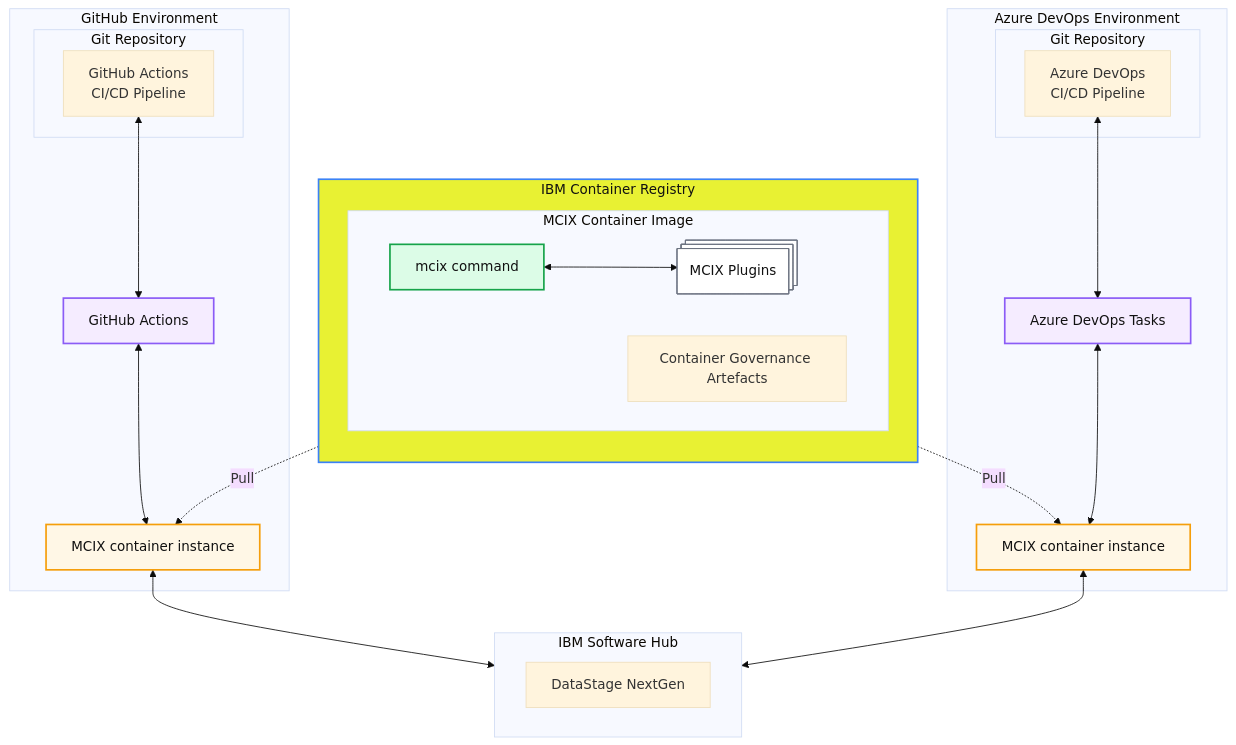
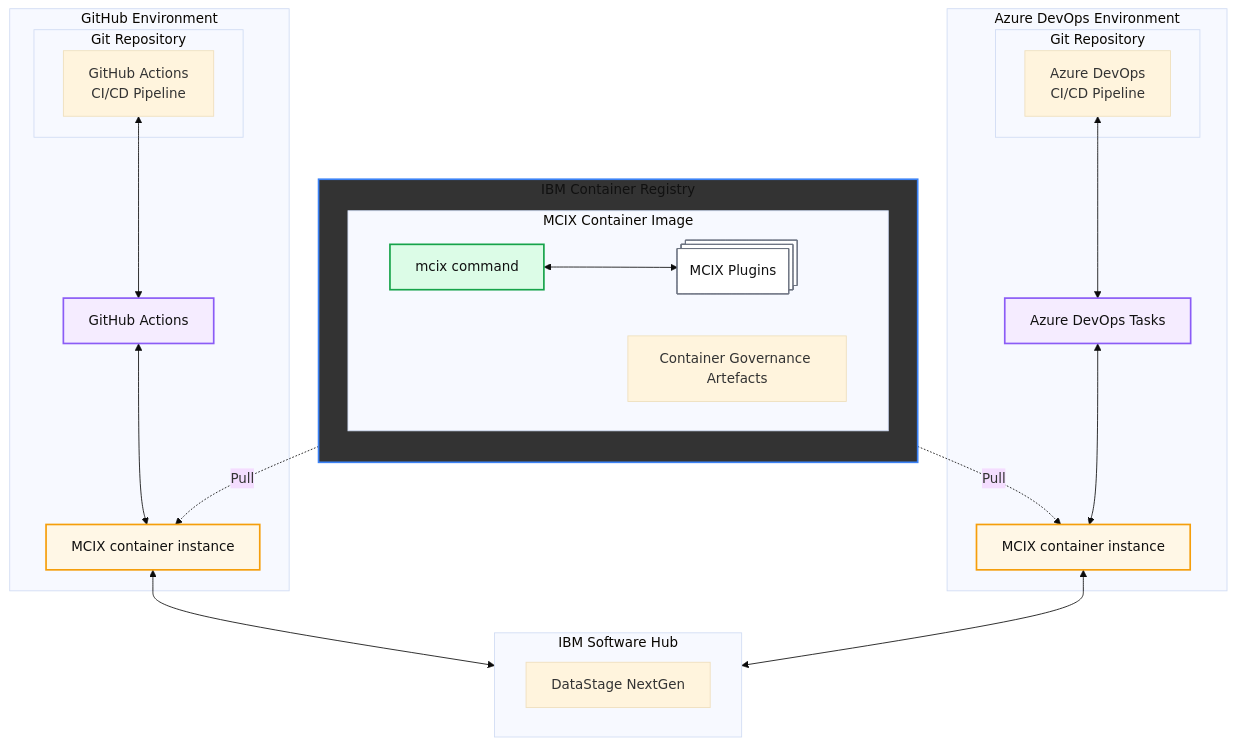
Before and after one commit to MettleCI/mcix: the diagram in ARCHITECTURE.md, drawn with Mermaid (base theme).

Commit message:
Update registry class definition color in architecture

````diff
--- a/ARCHITECTURE.md
+++ b/ARCHITECTURE.md
@@ -1,83 +1,83 @@
 ```mermaid
   flowchart TD
 
   %% =========================
   %% Styles
   %% =========================
-  classDef registry fill:#e8f133,stroke:#3b82f6,stroke-width:2px,color:#111;
+  classDef registry fill:#333333,stroke:#3b82f6,stroke-width:2px,color:#111;
   classDef image fill:#eefbf3,stroke:#22c55e,stroke-width:2px,color:#111;
   classDef runtime fill:#fff7e6,stroke:#f59e0b,stroke-width:2px,color:#111;
   classDef tooling fill:#f5ecff,stroke:#8b5cf6,stroke-width:2px,color:#111;
   classDef plugin fill:#ffffff,stroke:#6b7280,stroke-width:1px,color:#111;
   classDef command fill:#dcfce7,stroke:#16a34a,stroke-width:2px,color:#111;
 
   %% =========================
   %% GitHub environment
   %% =========================
   subgraph GH["GitHub Environment"]
       subgraph GHREPO["Git Repository"]
         GHPIPE["GitHub Actions<br/>CI/CD Pipeline"]
       end
       GHCONT["MCIX container instance"]
       GHA["GitHub Actions"]
   end
   class GHA tooling
   class GHCONT runtime
 
   %% GH Tooling references 
   GHPIPE <--> GHA
   GHA <--> GHCONT
 
   %% =========================
   %% Registry
   %% =========================
   subgraph REG["IBM Container Registry"]
       direction TB
 
       %% Image internals
       subgraph IMG["MCIX Container Image"]
           MCIX["mcix command"]
           PLUGINS@{ shape: procs, label: "MCIX Plugins"}
           GOV["Container Governance Artefacts"]
       end
       class MCIX command
       class PLUGINS plugin
       class IMG image
 
   end
   class REG registry
 
   MCIX <--> PLUGINS
 
   subgraph CPD["IBM Software Hub"]
     DATASTAGE["DataStage NextGen"]
   end
 
   %% =========================
   %% Azure DevOps environment
   %% =========================
   subgraph ADO["Azure DevOps Environment"]
       subgraph ADOREPO["Git Repository"]
         ADOPIPE["Azure DevOps<br/>CI/CD Pipeline"]
       end
       ADOT["Azure DevOps Tasks"]
       ADOCONT["MCIX container instance"]
   end
   class ADOT tooling
   class ADOCONT runtime
 
   %% =========================
   %% Distribution from registry
   %% =========================
   IMG -. Pull .-> GHCONT
   IMG -. Pull .-> ADOCONT
 
   %% ADO Tooling references 
   ADOPIPE <--> ADOT
   ADOT <--> ADOCONT
 
   %% Action/Task links to CPD
   GHCONT <--> CPD
   ADOCONT <--> CPD
 
 ```
````
